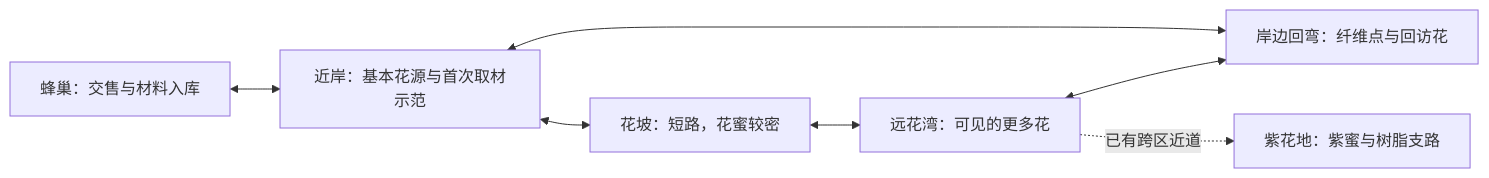
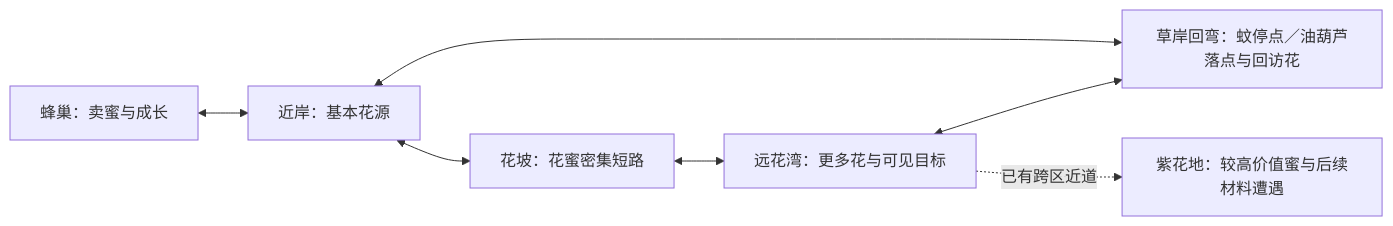
One commit to alanthssss/nameless-becoming changed the diagram in docs/design/nectar-steam-demo.md. Above: the diagram before and after it, drawn with Mermaid. The commit also changed other lines of this file and 2 other files, not shown here.

````diff
--- a/docs/design/nectar-steam-demo.md
+++ b/docs/design/nectar-steam-demo.md
@@ -144,9 +149,9 @@
 ```mermaid
 flowchart LR
- H[蜂巢：交售与材料入库] <--> A[近岸：基本花源与首次取材示范]
- A <--> B[花坡：短路，花蜜较密]
- B <--> C[远花湾：可见的更多花]
- C <--> D[岸边回弯：纤维点与回访花]
+ H[蜂巢：卖蜜与成长] <--> A[近岸：基本花源]
+ A <--> B[花坡：花蜜密集短路]
+ B <--> C[远花湾：更多花与可见目标]
+ C <--> D[草岸回弯：蚊停点／油葫芦落点与回访花]
  D <--> A
- C -. 已有跨区近道 .-> M[紫花地：紫蜜与树脂支路]
+ C -. 已有跨区近道 .-> M[紫花地：较高价值蜜与后续材料遭遇]
 ```
````
